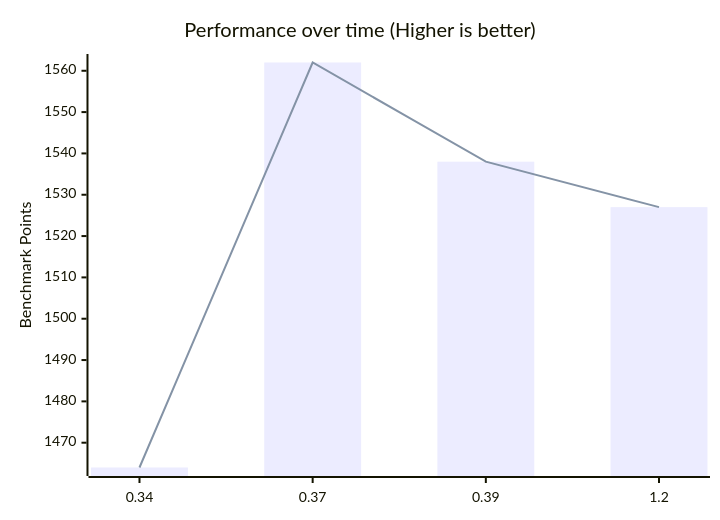
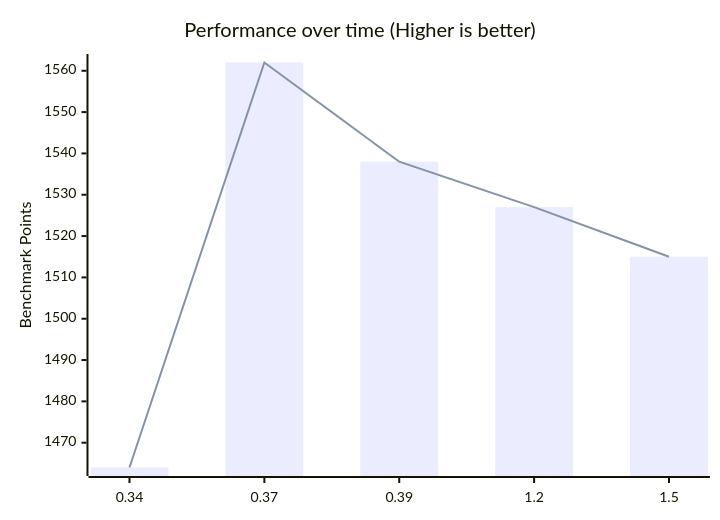
One commit to zen-browser/docs changed the third of 4 diagrams in content/benchmarks.md. Above: the diagram before and after it, drawn with Mermaid. The commit also changed other lines of this file, not shown here.

````diff
--- a/content/benchmarks.md
+++ b/content/benchmarks.md
@@ -73,8 +76,8 @@
 ```mermaid
 xychart-beta
     title "Performance over time (Higher is better)"
-    x-axis [0.34,0.37,0.39,1.2]
+    x-axis [0.34,0.37,0.39,1.2,1.5]
     y-axis "Benchmark Points"
-    bar [1464,1562,1538,1527]
-    line [1464,1562,1538,1527]
+    bar [1464,1562,1538,1527,1515]
+    line [1464,1562,1538,1527,1515]
 ```
````
